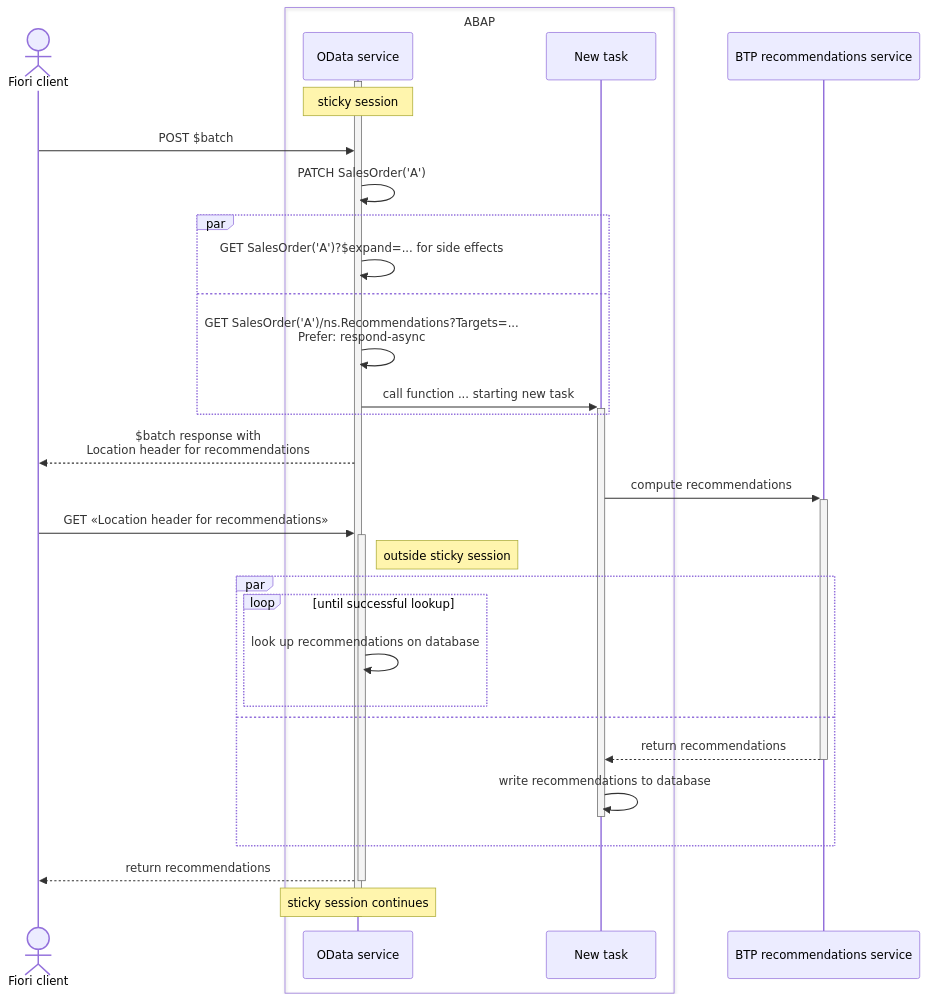
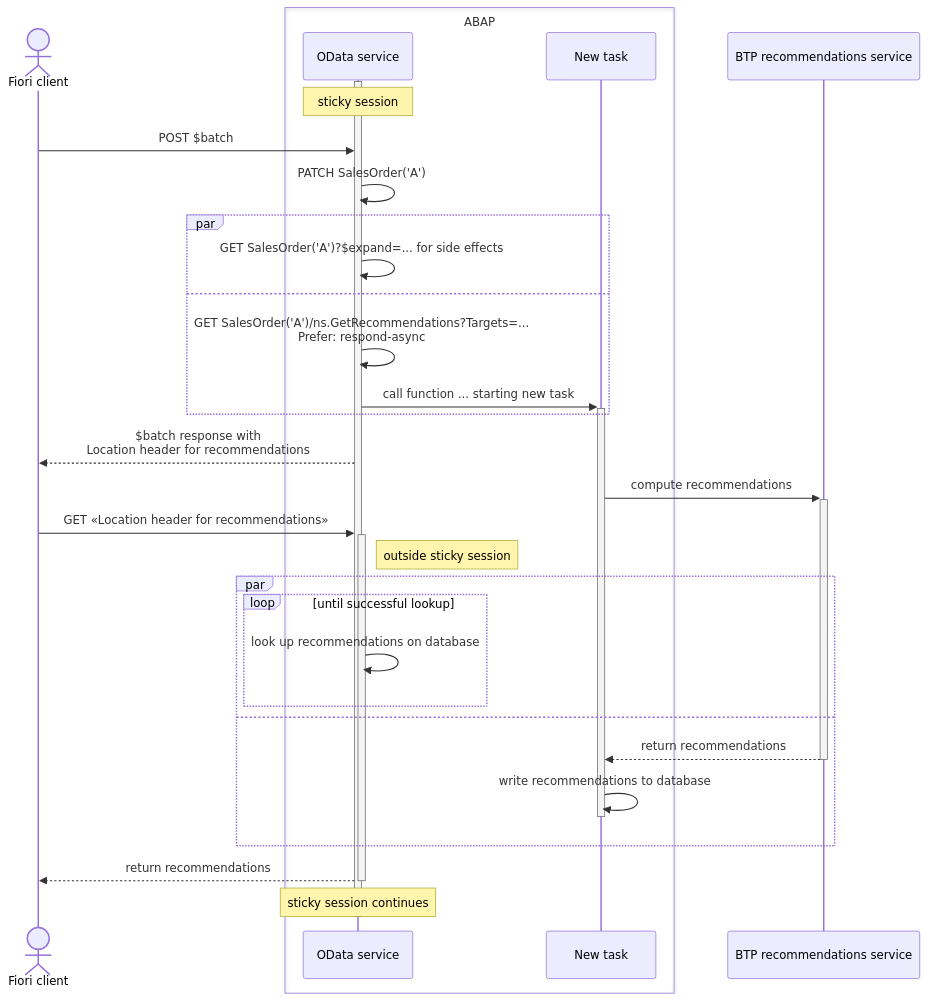
The first of 3 diagrams in docs/recommendations.md (SAP/odata-vocabularies), drawn with Mermaid before and after one commit. The commit also changed other lines of this file and 5 other files, not shown here.

````diff
--- a/docs/recommendations.md
+++ b/docs/recommendations.md
@@ -3,35 +3,35 @@
 ```mermaid
 sequenceDiagram
   actor client as Fiori client
   box ABAP
     participant server as OData service
     participant task as New task
   end
   participant AI as BTP recommendations service
   activate server
   note over server: sticky session
   client ->> server: POST $batch
   server ->> server: PATCH SalesOrder('A')
   par
     server ->> server: GET SalesOrder('A')?$expand=... for side effects
   and
-    server ->> server: GET SalesOrder('A')/ns.Recommendations?Targets=...<br>Prefer: respond-async
+    server ->> server: GET SalesOrder('A')/ns.GetRecommendations?Targets=...<br>Prefer: respond-async
     server ->>+ task: call function ... starting new task
   end
   server -->> client: $batch response with<br>Location header for recommendations
   task ->>+ AI: compute recommendations
   client ->>+ server: GET «Location header for recommendations»
   note right of server: outside sticky session
   par
     loop until successful lookup
       server ->> server: look up recommendations on database
     end
   and
     AI -->>- task: return recommendations
     task ->> task: write recommendations to database
     deactivate task
   end
   server -->>- client: return recommendations
   note over server: sticky session continues
   deactivate server
 ```
````
